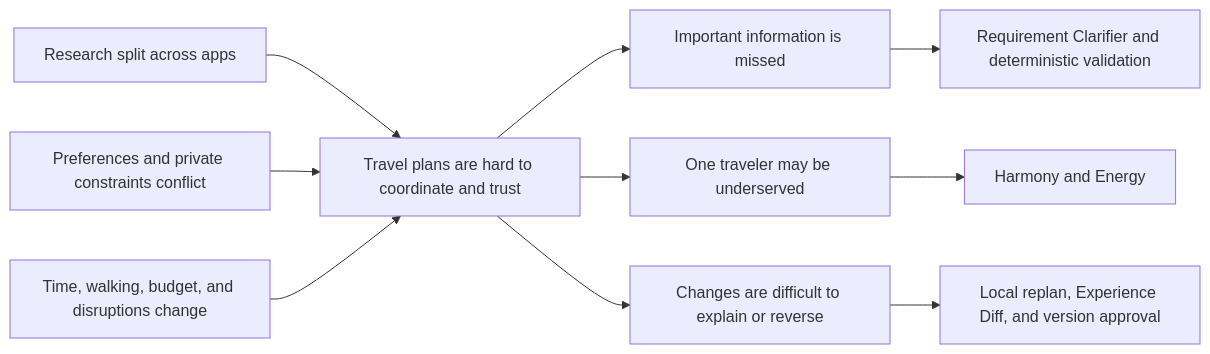
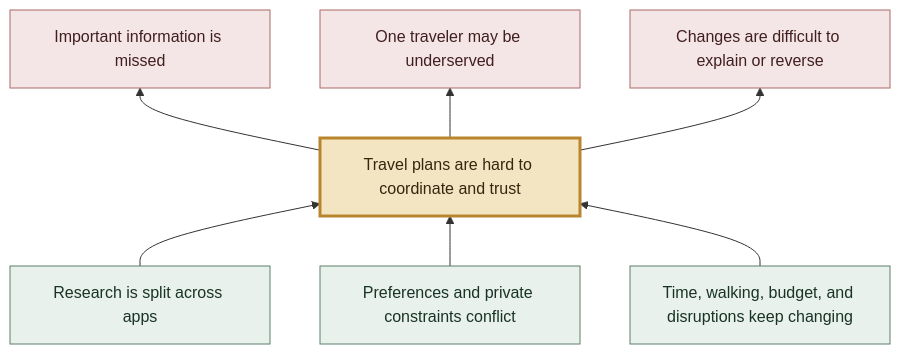
One commit to teio980/tripmind-ai changed the diagram in README.md. Above: the diagram before and after it, drawn with Mermaid. The commit also changed other lines of this file, not shown here.

Commit message:
docs: clarify problem tree diagram

````diff
--- a/README.md
+++ b/README.md
@@ -93,12 +93,13 @@
 ```mermaid
-flowchart LR
-    R1[Research split across apps] --> P[Travel plans are hard to coordinate and trust]
-    R2[Preferences and private constraints conflict] --> P
-    R3[Time, walking, budget, and disruptions change] --> P
-    P --> E1[Important information is missed]
-    P --> E2[One traveler may be underserved]
-    P --> E3[Changes are difficult to explain or reverse]
-    E1 --> S1[Requirement Clarifier and deterministic validation]
-    E2 --> S2[Harmony and Energy]
-    E3 --> S3[Local replan, Experience Diff, and version approval]
+flowchart BT
+    R1[Research is split across apps]:::cause --> P[Travel plans are hard to coordinate and trust]:::core
+    R2[Preferences and private constraints conflict]:::cause --> P
+    R3[Time, walking, budget, and disruptions keep changing]:::cause --> P
+    P --> E1[Important information is missed]:::effect
+    P --> E2[One traveler may be underserved]:::effect
+    P --> E3[Changes are difficult to explain or reverse]:::effect
+
+    classDef cause fill:#E8F1EC,stroke:#5D806B,color:#193326
+    classDef core fill:#F4E5C2,stroke:#B9862E,color:#34270F,stroke-width:3px
+    classDef effect fill:#F4E6E6,stroke:#AA6868,color:#421F1F
 ```
````
